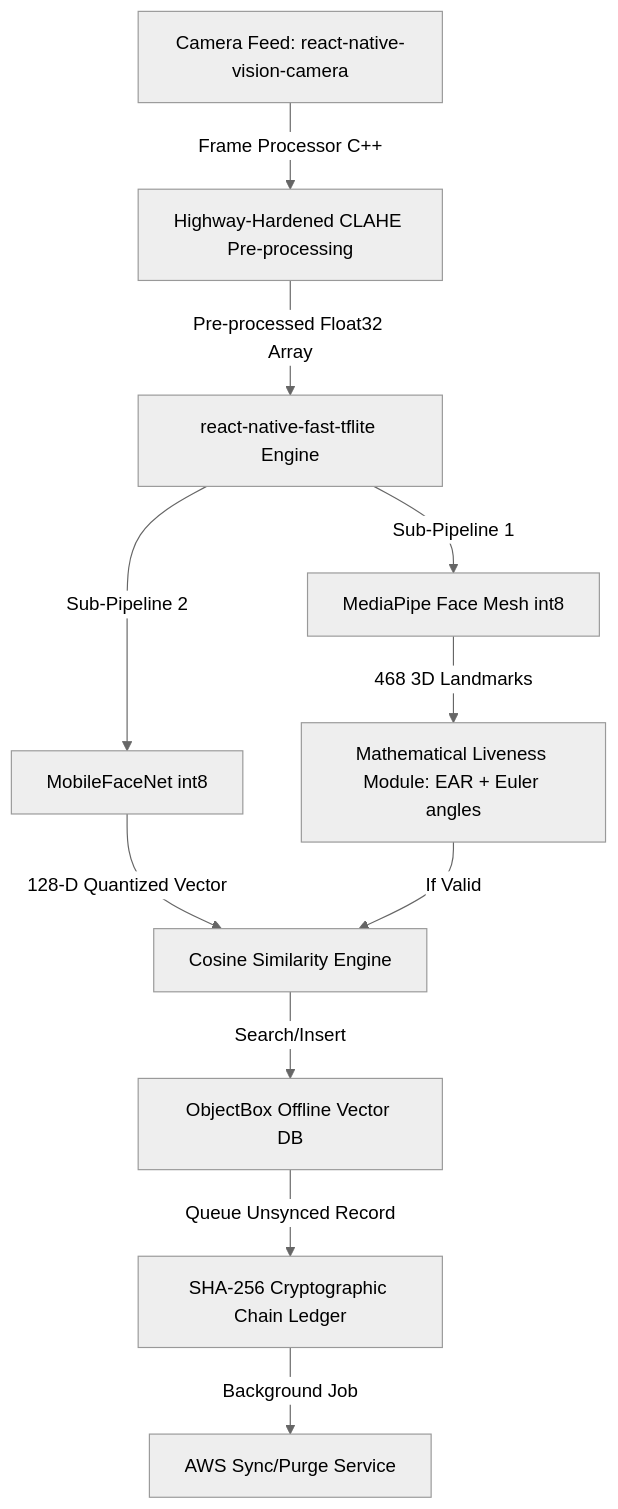
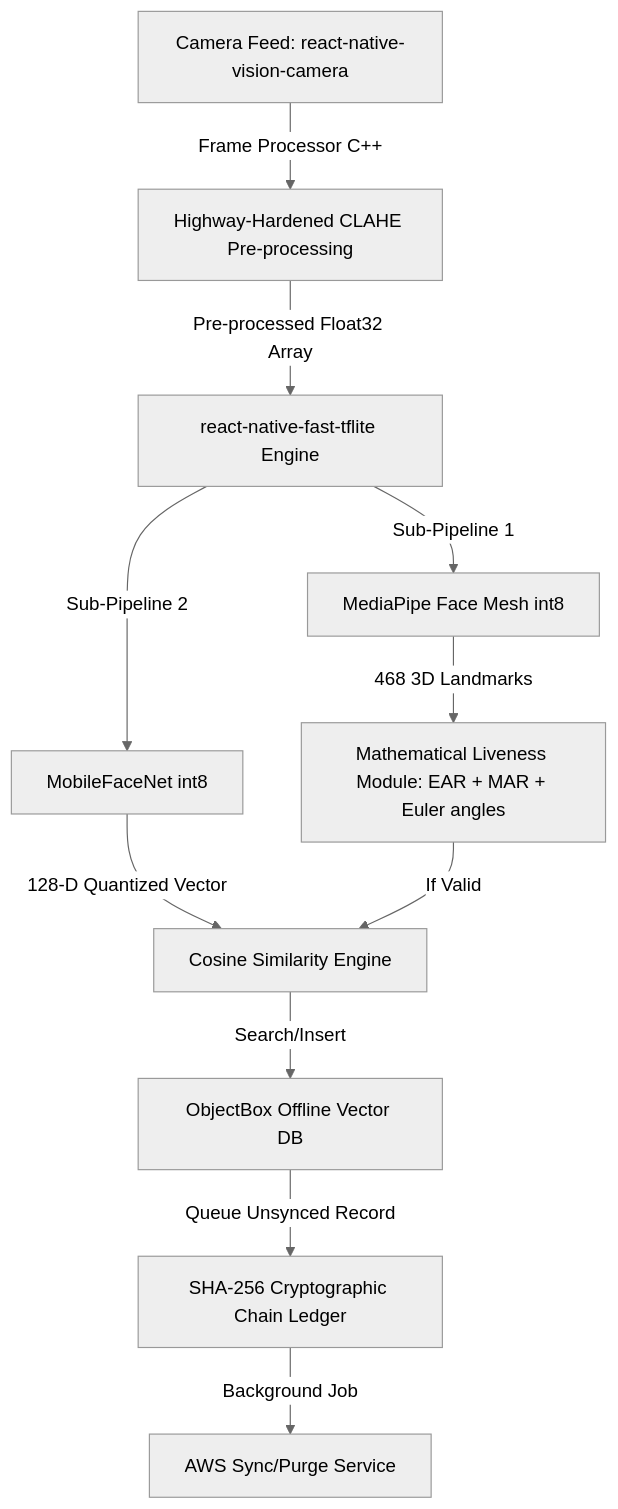
Before and after one commit to keshav-kr-agrawal/Garuda_datalake_3: the diagram in plan.md, drawn with Mermaid (neutral theme). The commit also changed other lines of this file, not shown here.

````diff
--- a/plan.md
+++ b/plan.md
@@ -32,13 +32,13 @@
 ```mermaid
 graph TD
     A[Camera Feed: react-native-vision-camera] -->|Frame Processor C++| B[Highway-Hardened CLAHE Pre-processing]
     B -->|Pre-processed Float32 Array| C[react-native-fast-tflite Engine]
     C -->|Sub-Pipeline 1| D[MediaPipe Face Mesh int8]
     C -->|Sub-Pipeline 2| E[MobileFaceNet int8]
-    D -->|468 3D Landmarks| F[Mathematical Liveness Module: EAR + Euler angles]
+    D -->|468 3D Landmarks| F[Mathematical Liveness Module: EAR + MAR + Euler angles]
     E -->|128-D Quantized Vector| G[Cosine Similarity Engine]
     F -->|If Valid| G
     G -->|Search/Insert| H[ObjectBox Offline Vector DB]
     H -->|Queue Unsynced Record| I[SHA-256 Cryptographic Chain Ledger]
     I -->|Background Job| J[AWS Sync/Purge Service]
 ```
````
